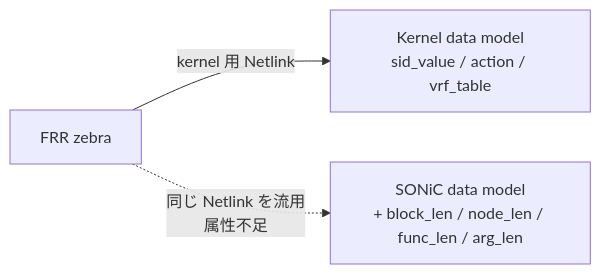
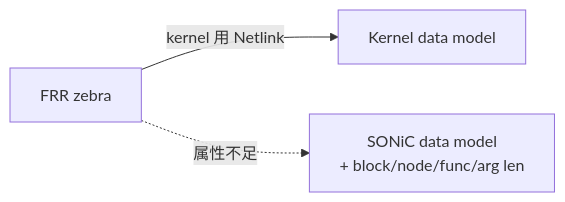
The first of 2 diagrams in docs/routing/new-frr-sonic-communication-channel.md (aoki-taquan/sonic-unofficial-docs), drawn with Mermaid before and after one commit. The commit also changed other lines of this file and 5 other files, not shown here.

````diff
--- a/docs/routing/new-frr-sonic-communication-channel.md
+++ b/docs/routing/new-frr-sonic-communication-channel.md
@@ -37,8 +27,5 @@
 ```mermaid
 graph LR
-    FRR[FRR zebra]
-    KE[Kernel data model<br/>sid_value / action / vrf_table]
-    SE[SONiC data model<br/>+ block_len / node_len / func_len / arg_len]
-    FRR -->|kernel 用 Netlink| KE
-    FRR -.->|同じ Netlink を流用<br/>属性不足| SE
+    FRR[FRR zebra] -->|kernel 用 Netlink| KE[Kernel data model]
+    FRR -.->|属性不足| SE[SONiC data model<br/>+ block/node/func/arg len]
 ```
````
